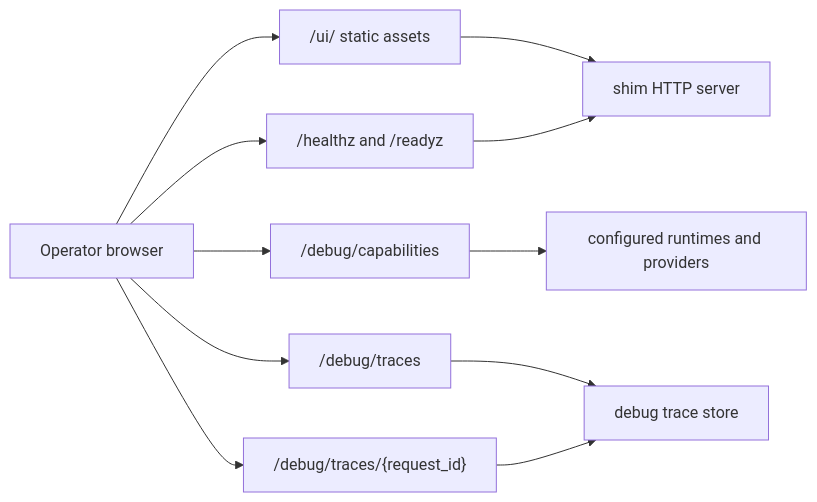
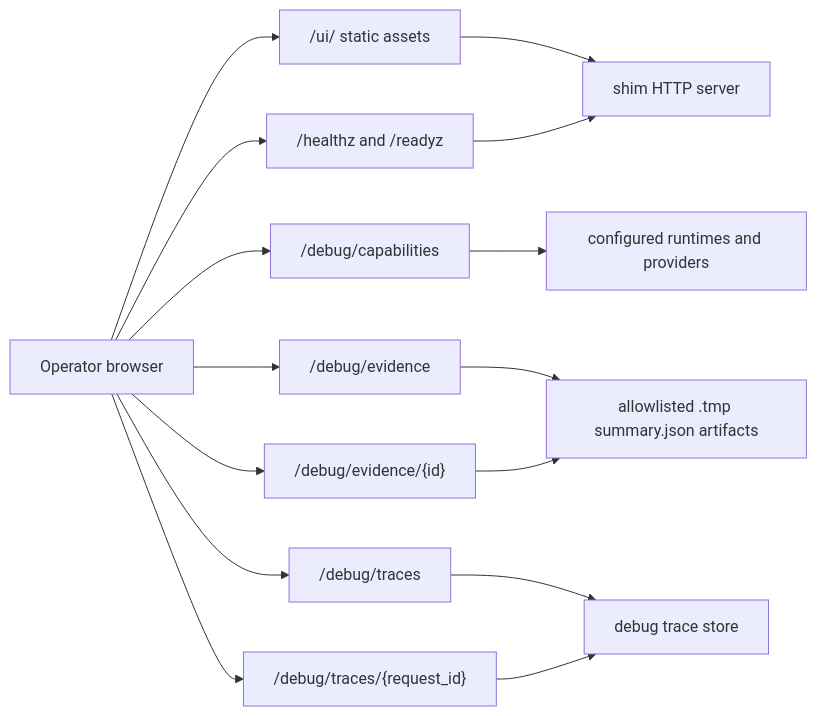
The diagram in docs/v4-operator-ui.md (avelrl/llama_shim), drawn with Mermaid before and after one commit. The commit also changed other lines of this file and 21 other files, not shown here.

````diff
--- a/docs/v4-operator-ui.md
+++ b/docs/v4-operator-ui.md
@@ -109,23 +112,30 @@
 ```mermaid
 flowchart LR
   browser["Operator browser"]
   ui["/ui/ static assets"]
   health["/healthz and /readyz"]
   caps["/debug/capabilities"]
+  evidence["/debug/evidence"]
+  evidenceDetail["/debug/evidence/{id}"]
   traces["/debug/traces"]
   trace["/debug/traces/{request_id}"]
   shim["shim HTTP server"]
   store["debug trace store"]
+  artifacts["allowlisted .tmp summary.json artifacts"]
   runtime["configured runtimes and providers"]
 
   browser --> ui
   browser --> health
   browser --> caps
+  browser --> evidence
+  browser --> evidenceDetail
   browser --> traces
   browser --> trace
   ui --> shim
   health --> shim
   caps --> runtime
+  evidence --> artifacts
+  evidenceDetail --> artifacts
   traces --> store
   trace --> store
 ```
````
